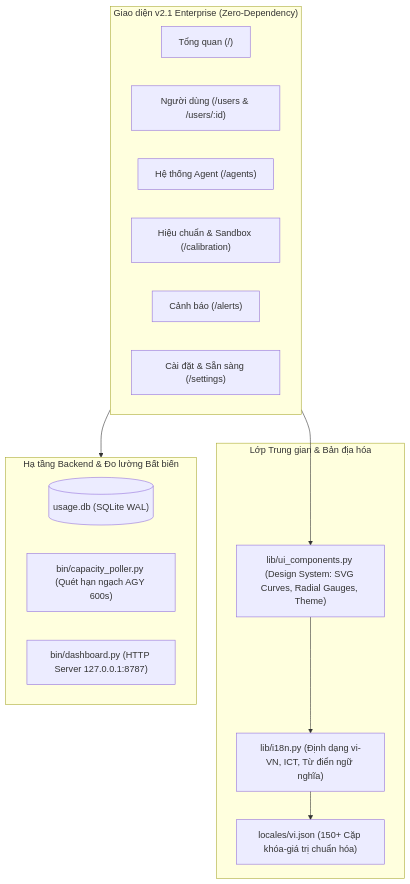
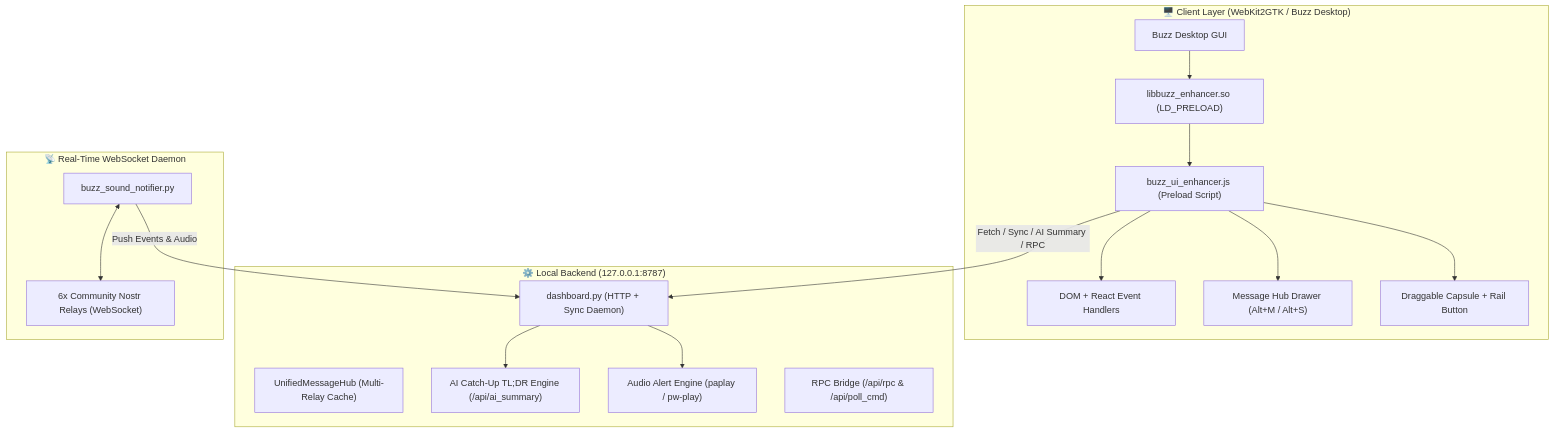
The diagram in README.md (thangngny/buzz-ai-usage-center), drawn with Mermaid before and after one commit. The commit also changed other lines of this file and 26 other files, not shown here.

First line of the commit message:
feat(ecosystem): turnkey Buzz Desktop Enhancer suite with 1-click installer, AI catch-up, quick reply, and multi-relay notifier

````diff
--- a/README.md
+++ b/README.md
@@ -50,28 +82,35 @@
 ```mermaid
 flowchart TD
-    subgraph UI_Layer["Giao diện v2.1 Enterprise (Zero-Dependency)"]
-        OV["Tổng quan (/)"]
-        US["Người dùng (/users & /users/:id)"]
-        AG["Hệ thống Agent (/agents)"]
-        CL["Hiệu chuẩn & Sandbox (/calibration)"]
-        AL["Cảnh báo (/alerts)"]
-        ST["Cài đặt & Sẵn sàng (/settings)"]
+    subgraph Client ["🖥️ Client Layer (WebKit2GTK / Buzz Desktop)"]
+        UI["Buzz Desktop GUI"]
+        SO["libbuzz_enhancer.so (LD_PRELOAD)"]
+        JS["buzz_ui_enhancer.js (Preload Script)"]
+        DOM["DOM + React Event Handlers"]
+        Drawer["Message Hub Drawer (Alt+M / Alt+S)"]
+        Pill["Draggable Capsule + Rail Button"]
     end
 
-    subgraph Core_Engine["Lớp Trung gian & Bản địa hóa"]
-        I18N["lib/i18n.py (Định dạng vi-VN, ICT, Từ điển ngữ nghĩa)"]
-        COMP["lib/ui_components.py (Design System: SVG Curves, Radial Gauges, Theme)"]
-        LOC["locales/vi.json (150+ Cặp khóa-giá trị chuẩn hóa)"]
+    subgraph Backend ["⚙️ Local Backend (127.0.0.1:8787)"]
+        Dash["dashboard.py (HTTP + Sync Daemon)"]
+        MsgHub["UnifiedMessageHub (Multi-Relay Cache)"]
+        AI_TLDR["AI Catch-Up TL;DR Engine (/api/ai_summary)"]
+        Audio["Audio Alert Engine (paplay / pw-play)"]
+        RPC["RPC Bridge (/api/rpc & /api/poll_cmd)"]
     end
 
-    subgraph Backend_Services["Hạ tầng Backend & Đo lường Bất biến"]
-        DB[("usage.db (SQLite WAL)")]
-        POL["bin/capacity_poller.py (Quét hạn ngạch AGY 600s)"]
-        DASH["bin/dashboard.py (HTTP Server 127.0.0.1:8787)"]
+    subgraph Notifier ["📡 Real-Time WebSocket Daemon"]
+        WS_Daemon["buzz_sound_notifier.py"]
+        WS_Relays["6x Community Nostr Relays (WebSocket)"]
     end
 
-    UI_Layer --> COMP
-    COMP --> I18N
-    I18N --> LOC
-    UI_Layer --> Backend_Services
+    UI --> SO
+    SO --> JS
+    JS --> DOM
+    JS --> Drawer
+    JS --> Pill
+    JS -- "Fetch / Sync / AI Summary / RPC" --> Dash
+    WS_Daemon <--> WS_Relays
+    WS_Daemon -- "Push Events & Audio" --> Dash
+    Dash --> Audio
+    Dash --> AI_TLDR
 ```
````
